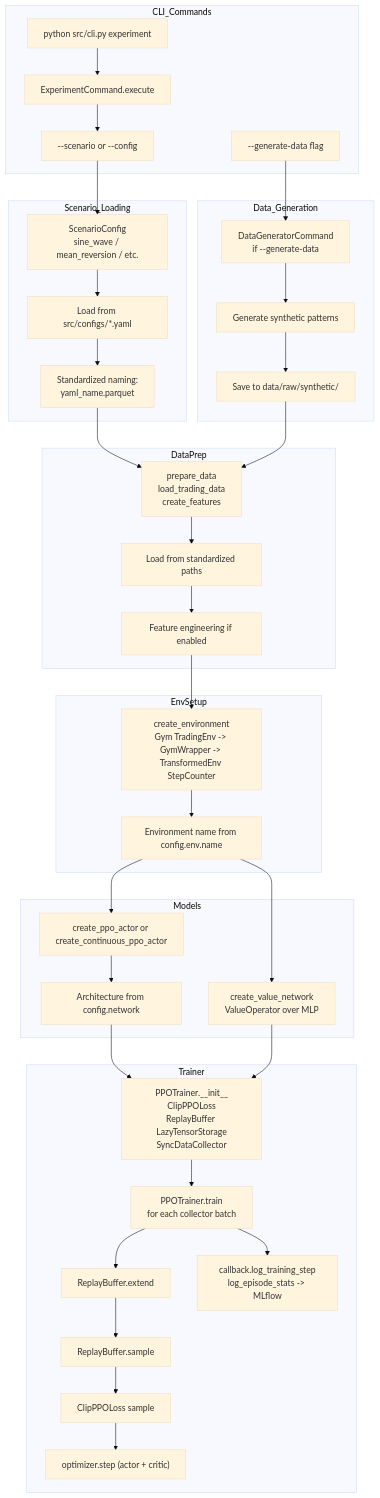
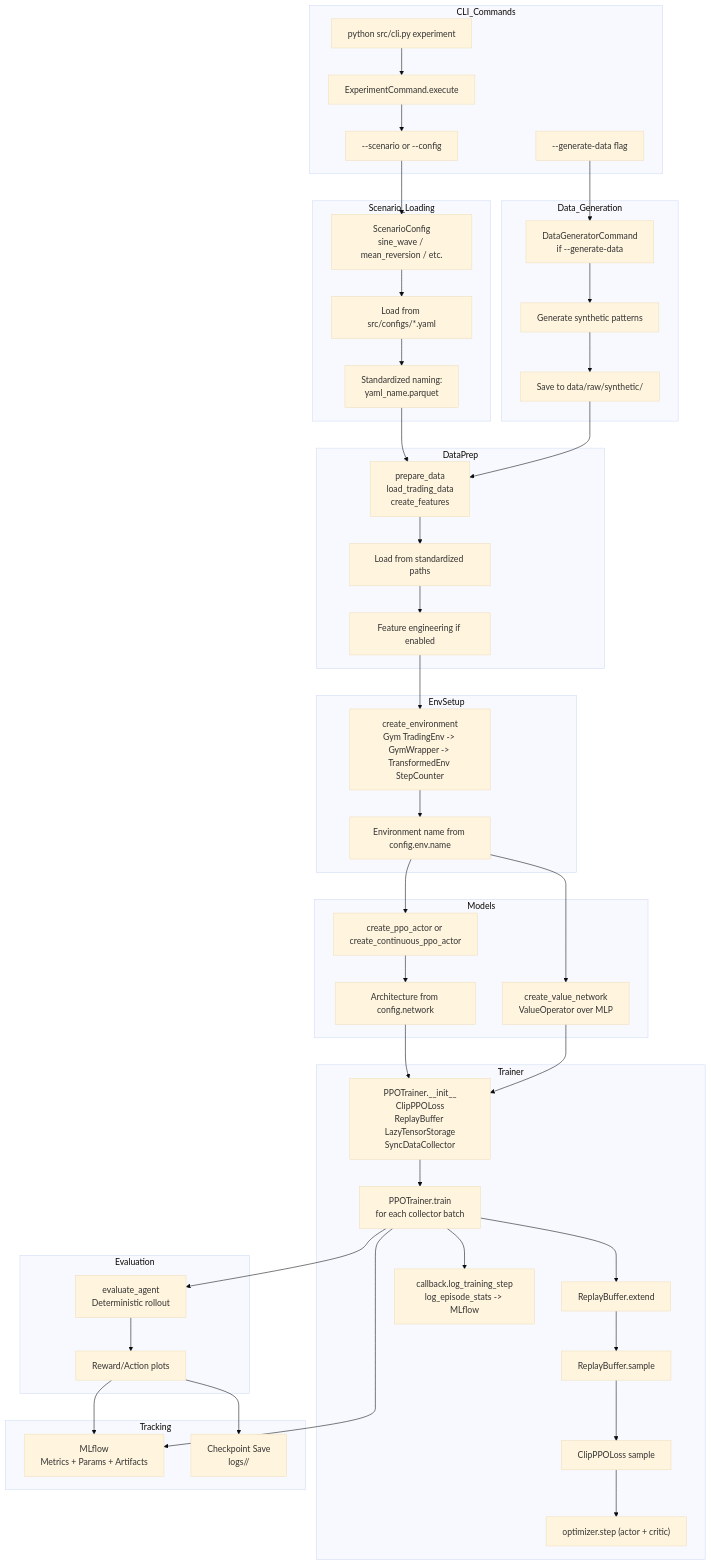
Before and after one commit to kwojdalski/masters_thesis: the diagram in docs/ppo_implementation_overview.md, drawn with Mermaid (base theme). The commit also changed 4 other files, not shown here.

````diff
--- a/docs/ppo_implementation_overview.md
+++ b/docs/ppo_implementation_overview.md
@@ -10,62 +10,75 @@
 ```mermaid
 flowchart TD
     subgraph CLI_Commands
         A[python src/cli.py experiment]
         A1[ExperimentCommand.execute]
         A2[--scenario or --config]
         A3[--generate-data flag]
     end
 
     subgraph Scenario_Loading
         B["ScenarioConfig<br/>sine_wave / mean_reversion / etc."]
         B1[Load from src/configs/*.yaml]
         B2[Standardized naming:<br/>yaml_name.parquet]
     end
 
     subgraph Data_Generation
         C["DataGeneratorCommand<br/>if --generate-data"]
         C1[Generate synthetic patterns]
         C2[Save to data/raw/synthetic/]
     end
 
     subgraph DataPrep
         D[prepare_data<br/>load_trading_data<br/>create_features]
         D1[Load from standardized paths]
         D2["Feature engineering if enabled"]
     end
 
     subgraph EnvSetup
         E["create_environment<br/>Gym TradingEnv -> GymWrapper -> TransformedEnv StepCounter"]
         E1[Environment name from config.env.name]
     end
 
     subgraph Models
         F["create_ppo_actor or create_continuous_ppo_actor"]
         G["create_value_network<br/>ValueOperator over MLP"]
         F1[Architecture from config.network]
     end
 
     subgraph Trainer
         H["PPOTrainer.__init__<br/>ClipPPOLoss<br/>ReplayBuffer LazyTensorStorage<br/>SyncDataCollector"]
         I[PPOTrainer.train<br/>for each collector batch]
         J[ReplayBuffer.extend]
         K[ReplayBuffer.sample]
         L["ClipPPOLoss sample"]
         M["optimizer.step (actor + critic)"]
         N[callback.log_training_step<br/>log_episode_stats -> MLflow]
     end
 
+    subgraph Evaluation
+        O[evaluate_agent<br/>Deterministic rollout]
+        P[Reward/Action plots]
+    end
+
+    subgraph Tracking
+        Q[MLflow<br/>Metrics + Params + Artifacts]
+        R[Checkpoint Save<br/>logs/<experiment>/]
+    end
+
     A --> A1 --> A2
     A2 --> B --> B1 --> B2
     A3 --> C --> C1 --> C2
     B2 --> D --> D1 --> D2
     C2 --> D
     D2 --> E --> E1
     E1 --> F --> F1
     E1 --> G
     F1 --> H
     G --> H
     H --> I
     I --> J --> K --> L --> M
     I --> N
+    I --> O --> P --> Q
+    I --> Q
+    P --> R
 ```
````
